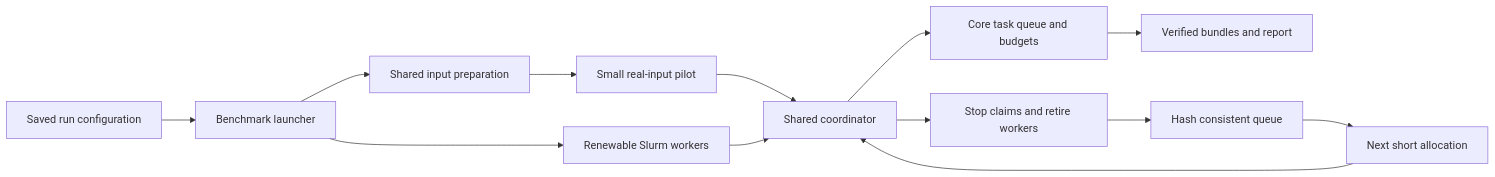
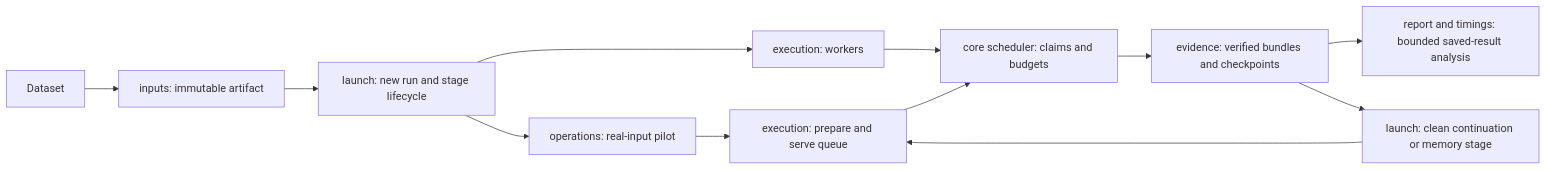
The tenth of 10 diagrams in design.md (yunhzou/MAPPA-AAM), drawn with Mermaid before and after one commit. The commit also changed other lines of this file and 25 other files, not shown here.

Commit message:
Refactor benchmarks into reusable input, execution and reporting owners

````diff
--- a/design.md
+++ b/design.md
@@ -608,15 +618,14 @@
 ```mermaid
 flowchart LR
-    Config[Saved run configuration] --> Launch[Benchmark launcher]
-    Launch --> Prep[Shared input preparation]
-    Prep --> Pilot[Small real-input pilot]
-    Pilot --> Production[Shared coordinator]
-    Launch --> Workers[Renewable Slurm workers]
-    Workers --> Production
-    Production --> Queue[Core task queue and budgets]
-    Queue --> Results[Verified bundles and report]
-    Production --> Drain[Stop claims and retire workers]
-    Drain --> Checkpoint[Hash consistent queue]
-    Checkpoint --> Successor[Next short allocation]
-    Successor --> Production
+    Dataset --> Inputs[inputs: immutable artifact]
+    Inputs --> Launch[launch: new run and stage lifecycle]
+    Launch --> Pilot[operations: real-input pilot]
+    Pilot --> Execution[execution: prepare and serve queue]
+    Launch --> Workers[execution: workers]
+    Workers --> Queue[core scheduler: claims and budgets]
+    Execution --> Queue
+    Queue --> Evidence[evidence: verified bundles and checkpoints]
+    Evidence --> Report[report and timings: bounded saved-result analysis]
+    Evidence --> Handoff[launch: clean continuation or memory stage]
+    Handoff --> Execution
 ```
````
